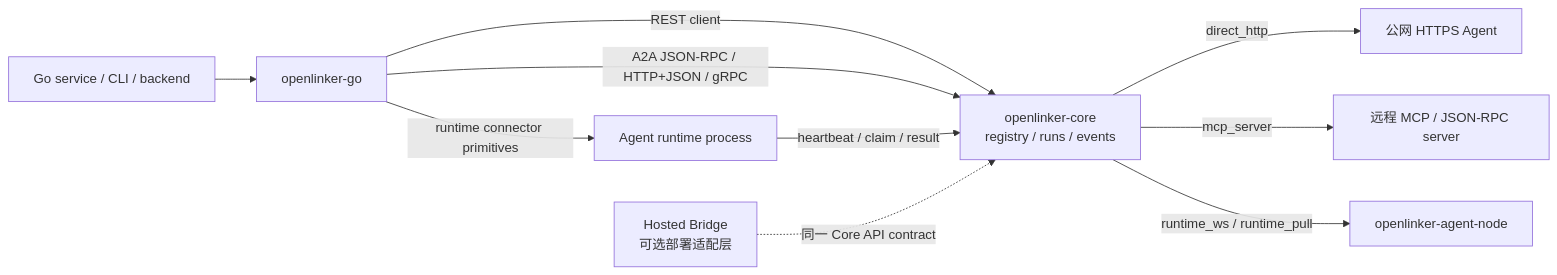
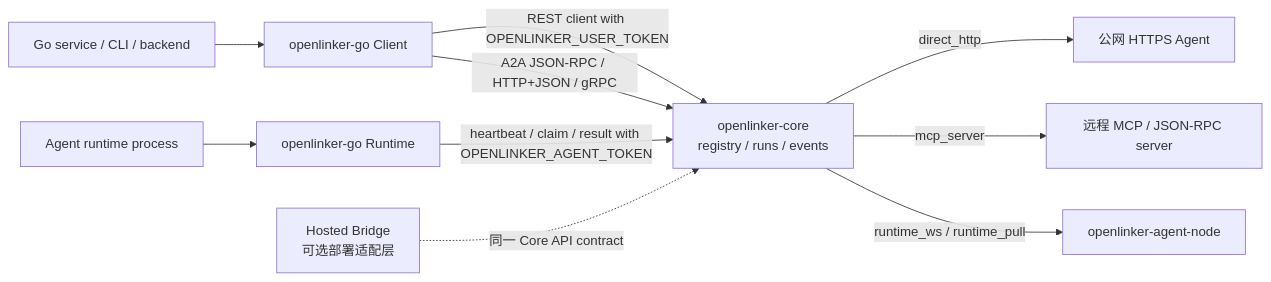
One commit to OpenLinker-ai/openlinker-go changed the diagram in README.zh-CN.md. Above: the diagram before and after it, drawn with Mermaid. The commit also changed other lines of this file and 11 other files, not shown here.

Commit message:
feat: split Go runtime from client

````diff
--- a/README.zh-CN.md
+++ b/README.zh-CN.md
@@ -22,14 +24,14 @@
 ```mermaid
 flowchart LR
-  Service["Go service / CLI / backend"] --> SDK["openlinker-go"]
-  SDK -->|"REST client"| Core["openlinker-core<br/>registry / runs / events"]
-  SDK -->|"A2A JSON-RPC / HTTP+JSON / gRPC"| Core
-  SDK -->|"runtime connector primitives"| Runtime["Agent runtime process"]
-  Runtime -->|"heartbeat / claim / result"| Core
+  Service["Go service / CLI / backend"] --> ClientSDK["openlinker-go Client"]
+  ClientSDK -->|"REST client with OPENLINKER_USER_TOKEN"| Core["openlinker-core<br/>registry / runs / events"]
+  ClientSDK -->|"A2A JSON-RPC / HTTP+JSON / gRPC"| Core
+  Runtime["Agent runtime process"] --> RuntimeSDK["openlinker-go Runtime"]
+  RuntimeSDK -->|"heartbeat / claim / result with OPENLINKER_AGENT_TOKEN"| Core
 
   HostedBridge["Hosted Bridge<br/>可选部署适配层"] -.->|"同一 Core API contract"| Core
 
   Core -->|"direct_http"| HTTPAgent["公网 HTTPS Agent"]
   Core -->|"mcp_server"| MCPAgent["远程 MCP / JSON-RPC server"]
   Core -->|"runtime_ws / runtime_pull"| AgentNode["openlinker-agent-node"]
 ```
````
